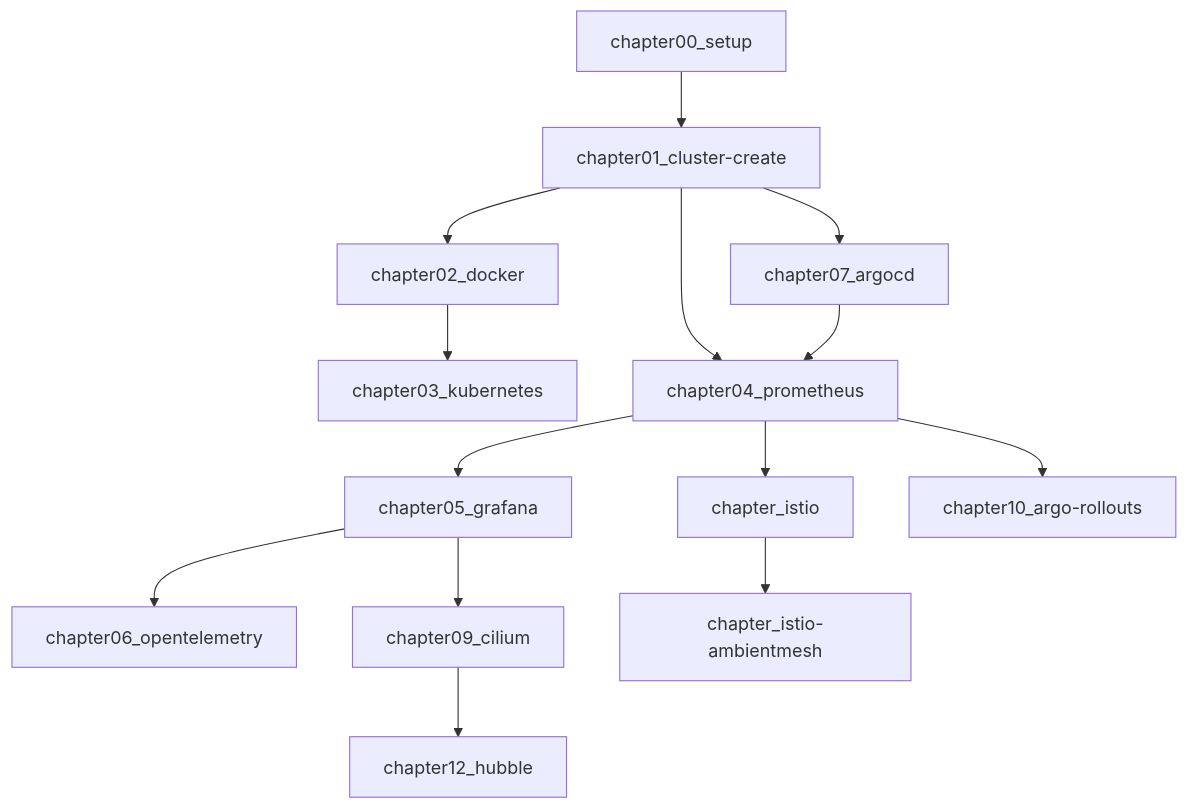
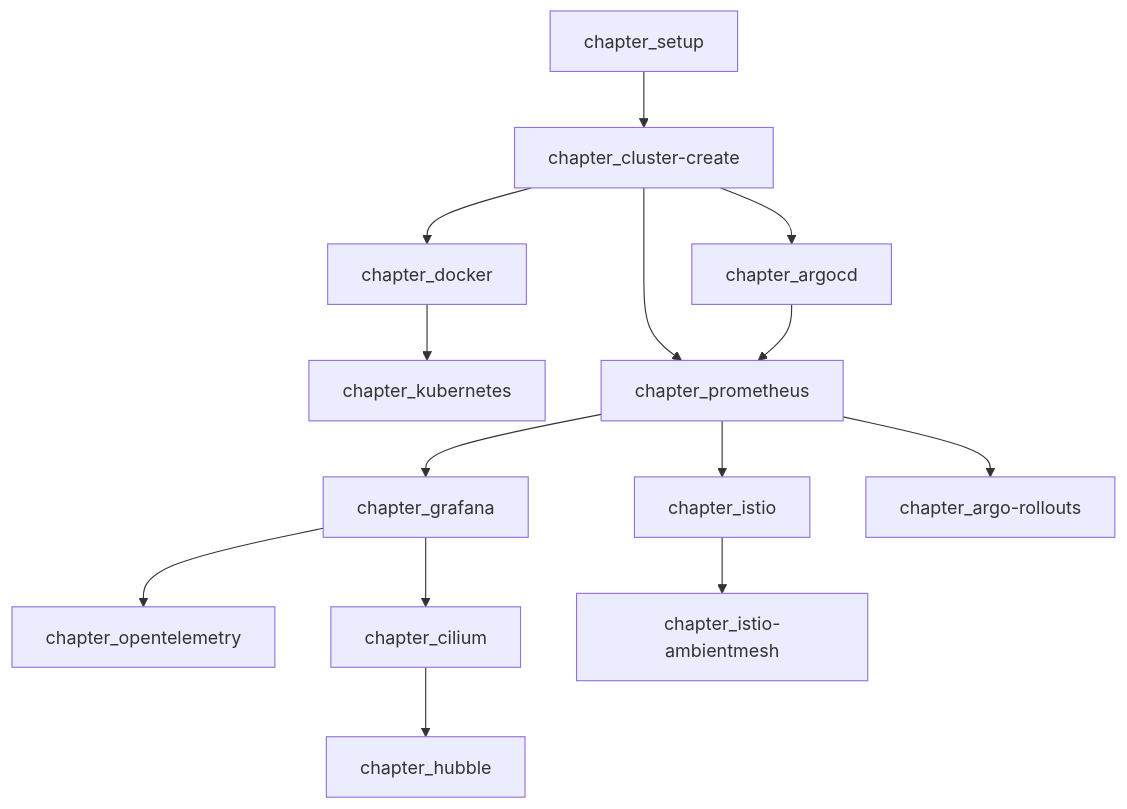
One commit to cloudnativedaysjp/cnd-handson changed the diagram in README.md. Above: the diagram before and after it, drawn with Mermaid. The commit also changed other lines of this file and 243 other files, not shown here.

````diff
--- a/README.md
+++ b/README.md
@@ -28,34 +28,34 @@
 ```mermaid
 flowchart TD
-    setup[chapter00_setup]
-    cluster[chapter01_cluster-create]
-    docker[chapter02_docker]
-    k8s[chapter03_kubernetes]
-    prom[chapter04_prometheus]
-    grafana[chapter05_grafana]
-    otel[chapter06_opentelemetry]
-    argocd[chapter07_argocd]
+    setup[chapter_setup]
+    cluster[chapter_cluster-create]
+    docker[chapter_docker]
+    k8s[chapter_kubernetes]
+    prom[chapter_prometheus]
+    grafana[chapter_grafana]
+    otel[chapter_opentelemetry]
+    argocd[chapter_argocd]
     istio[chapter_istio]
-    cilium[chapter09_cilium]
-    argorollouts[chapter10_argo-rollouts]
+    cilium[chapter_cilium]
+    argorollouts[chapter_argo-rollouts]
     istioambient[chapter_istio-ambientmesh]
-    hubble[chapter12_hubble]
+    hubble[chapter_hubble]
 
     setup-->cluster
     cluster-->docker
     docker-->k8s
     cluster-->prom
     cluster-->argocd
 
     prom-->grafana
     prom-->argorollouts
     prom-->istio
     argocd-->prom
 
     grafana-->otel
     grafana-->cilium
 
     cilium-->hubble
 
     istio-->istioambient
 ```
````
